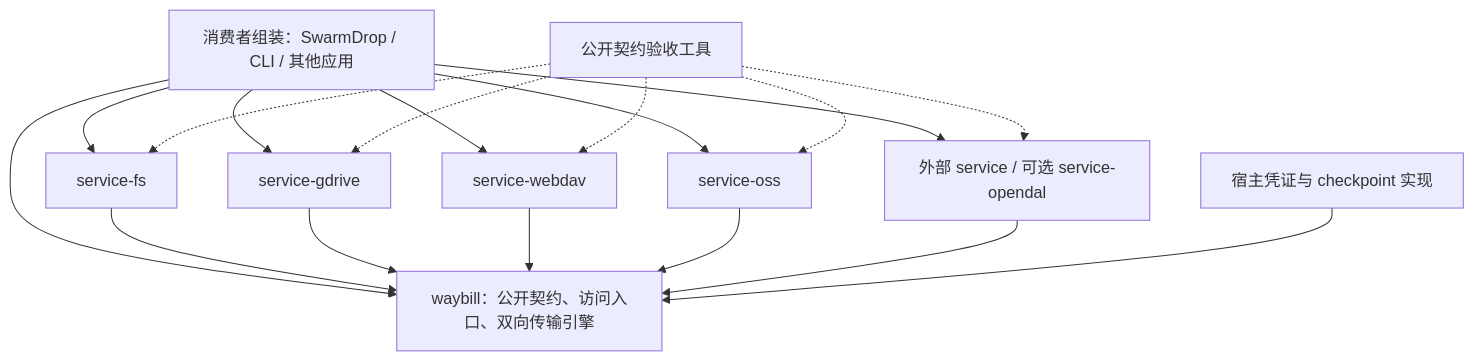
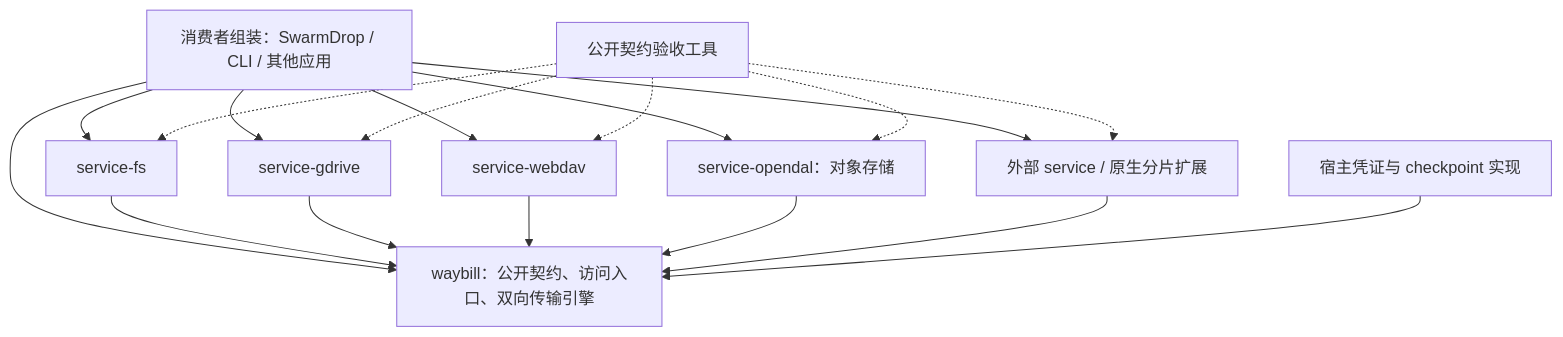
One commit to yexiyue/waybill changed the second of 3 diagrams in docs/DESIGN.zh-CN.md. Above: the diagram before and after it, drawn with Mermaid. The commit also changed other lines of this file and 36 other files, not shown here.

````diff
--- a/docs/DESIGN.zh-CN.md
+++ b/docs/DESIGN.zh-CN.md
@@ -275,20 +276,20 @@
 ```mermaid
 flowchart TB
     APP["消费者组装：SwarmDrop / CLI / 其他应用"] --> CORE["waybill：公开契约、访问入口、双向传输引擎"]
     APP --> FS["service-fs"]
     APP --> GD["service-gdrive"]
     APP --> WD["service-webdav"]
-    APP --> OSS["service-oss"]
-    APP --> EXT["外部 service / 可选 service-opendal"]
+    APP --> OSS["service-opendal：对象存储"]
+    APP --> EXT["外部 service / 原生分片扩展"]
     FS --> CORE
     GD --> CORE
     WD --> CORE
     OSS --> CORE
     EXT --> CORE
     HOST["宿主凭证与 checkpoint 实现"] --> CORE
     CONF["公开契约验收工具"] -.-> FS
     CONF -.-> GD
     CONF -.-> WD
     CONF -.-> OSS
     CONF -.-> EXT
 ```
````
